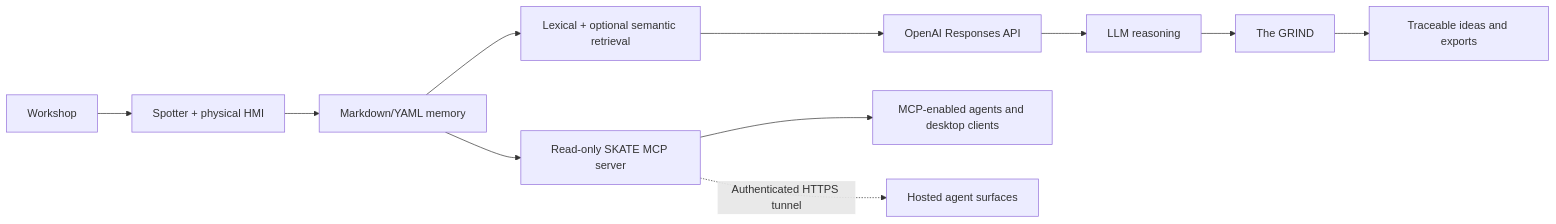
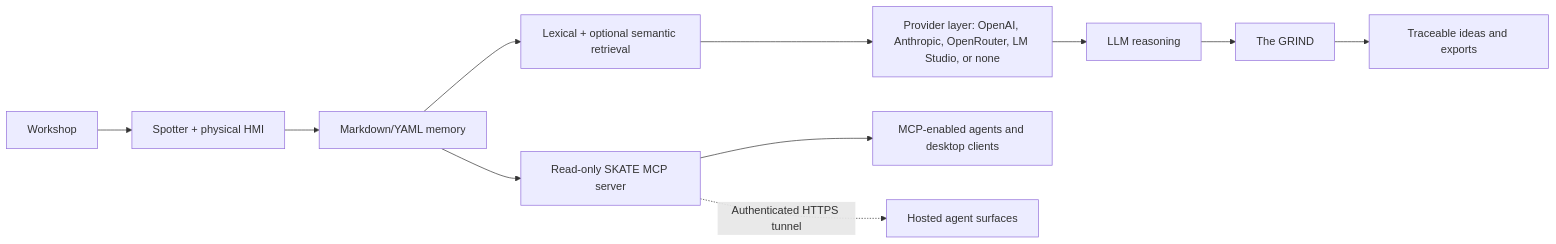
One commit to SixSigmaEngineer/skate-workshop-os changed the second of 4 diagrams in README.md. Above: the diagram before and after it, drawn with Mermaid. The commit also changed other lines of this file and 9 other files, not shown here.

````diff
--- a/README.md
+++ b/README.md
@@ -103,13 +105,13 @@
 ```mermaid
 flowchart LR
     W["Workshop"] --> S["Spotter + physical HMI"]
     S --> M["Markdown/YAML memory"]
     M --> R["Lexical + optional semantic retrieval"]
-    R --> O["OpenAI Responses API"]
+    R --> O["Provider layer: OpenAI, Anthropic, OpenRouter, LM Studio, or none"]
     O --> G["LLM reasoning"]
     G --> D["The GRIND"]
     D --> X["Traceable ideas and exports"]
     M --> P["Read-only SKATE MCP server"]
     P --> C["MCP-enabled agents and desktop clients"]
     P -. "Authenticated HTTPS tunnel" .-> H["Hosted agent surfaces"]
 ```
````
